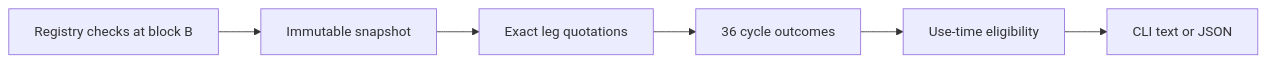
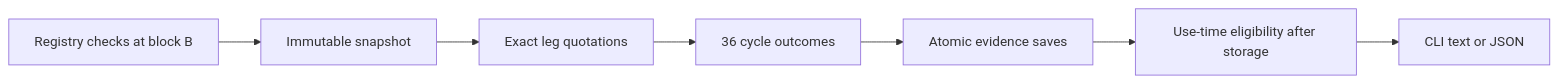
The diagram in docs/ANALYSIS.md (mikolajed/pooltrace), drawn with Mermaid before and after one commit. The commit also changed other lines of this file and 28 other files, not shown here.

````diff
--- a/docs/ANALYSIS.md
+++ b/docs/ANALYSIS.md
@@ -31,8 +32,9 @@
 ```mermaid
 flowchart LR
   R[Registry checks at block B] --> S[Immutable snapshot]
   S --> Q[Exact leg quotations]
   Q --> C[36 cycle outcomes]
-  C --> E[Use-time eligibility]
+  C --> P[Atomic evidence saves]
+  P --> E[Use-time eligibility after storage]
   E --> O[CLI text or JSON]
 ```
````
